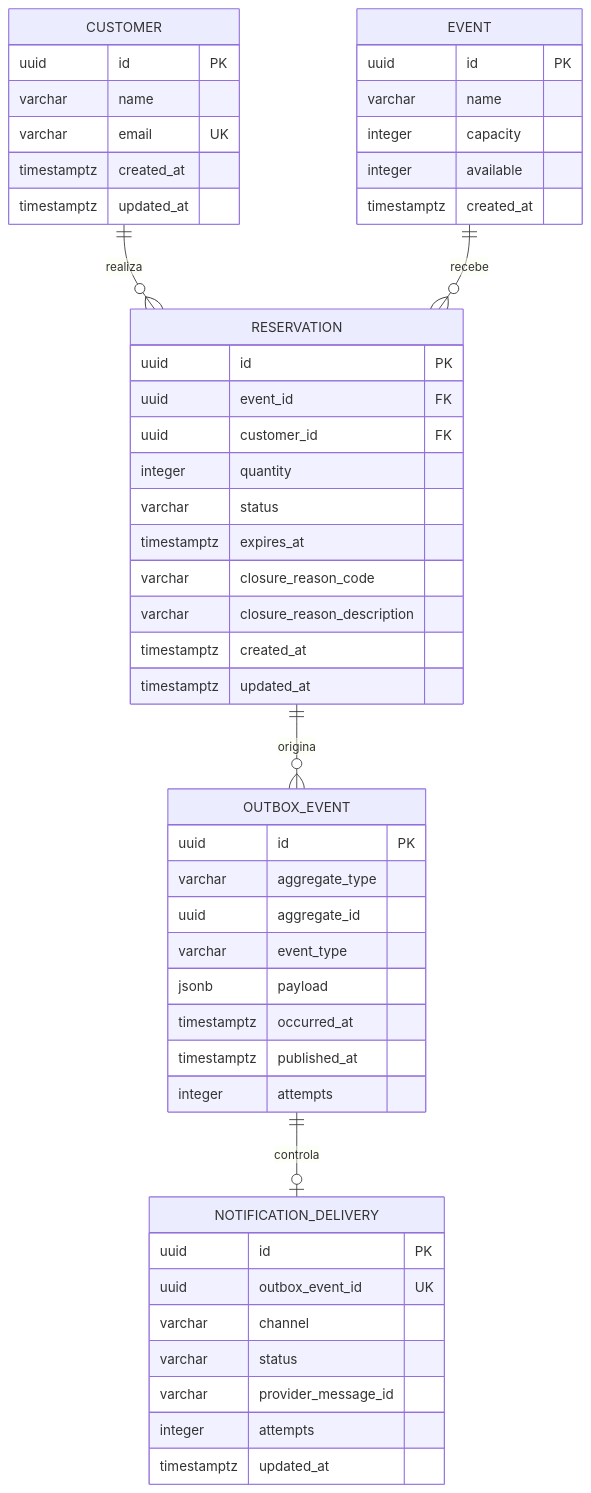
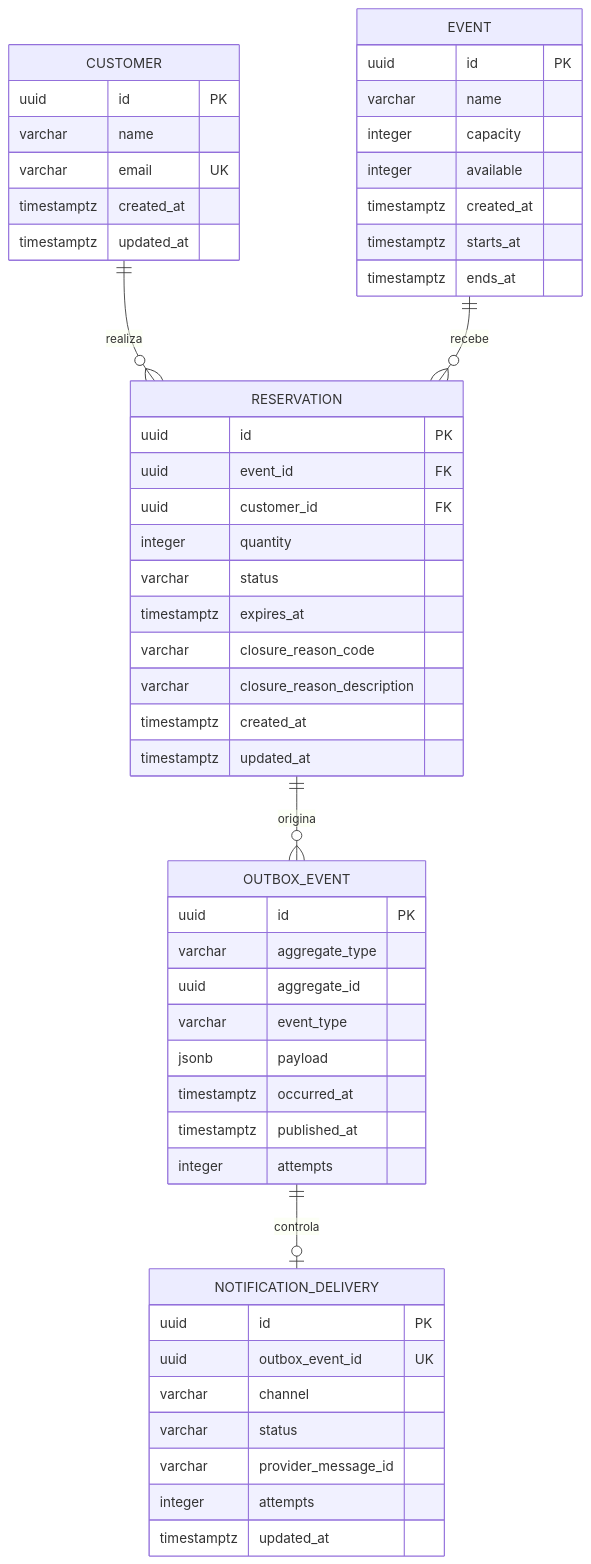
The diagram in docs/data-model.md (MoreiraVinicius/cielo-flash-booking), drawn with Mermaid before and after one commit. The commit also changed other lines of this file and 39 other files, not shown here.

````diff
--- a/docs/data-model.md
+++ b/docs/data-model.md
@@ -7,57 +7,59 @@
 ```mermaid
 erDiagram
     CUSTOMER ||--o{ RESERVATION : realiza
     EVENT ||--o{ RESERVATION : recebe
     RESERVATION ||--o{ OUTBOX_EVENT : origina
     OUTBOX_EVENT ||--o| NOTIFICATION_DELIVERY : controla
 
     CUSTOMER {
         uuid id PK
         varchar name
         varchar email UK
         timestamptz created_at
         timestamptz updated_at
     }
 
     EVENT {
         uuid id PK
         varchar name
         integer capacity
         integer available
         timestamptz created_at
+        timestamptz starts_at
+        timestamptz ends_at
     }
 
     RESERVATION {
         uuid id PK
         uuid event_id FK
         uuid customer_id FK
         integer quantity
         varchar status
         timestamptz expires_at
         varchar closure_reason_code
         varchar closure_reason_description
         timestamptz created_at
         timestamptz updated_at
     }
 
     OUTBOX_EVENT {
         uuid id PK
         varchar aggregate_type
         uuid aggregate_id
         varchar event_type
         jsonb payload
         timestamptz occurred_at
         timestamptz published_at
         integer attempts
     }
 
     NOTIFICATION_DELIVERY {
         uuid id PK
         uuid outbox_event_id UK
         varchar channel
         varchar status
         varchar provider_message_id
         integer attempts
         timestamptz updated_at
     }
 ```
````
